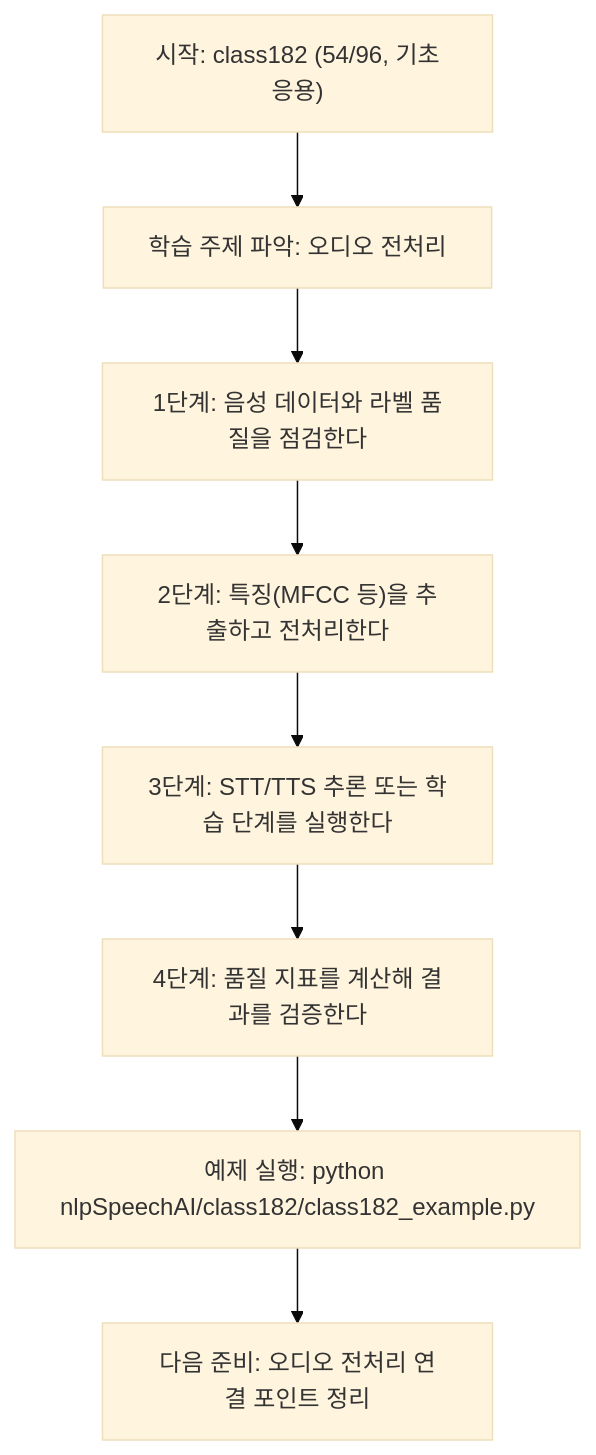
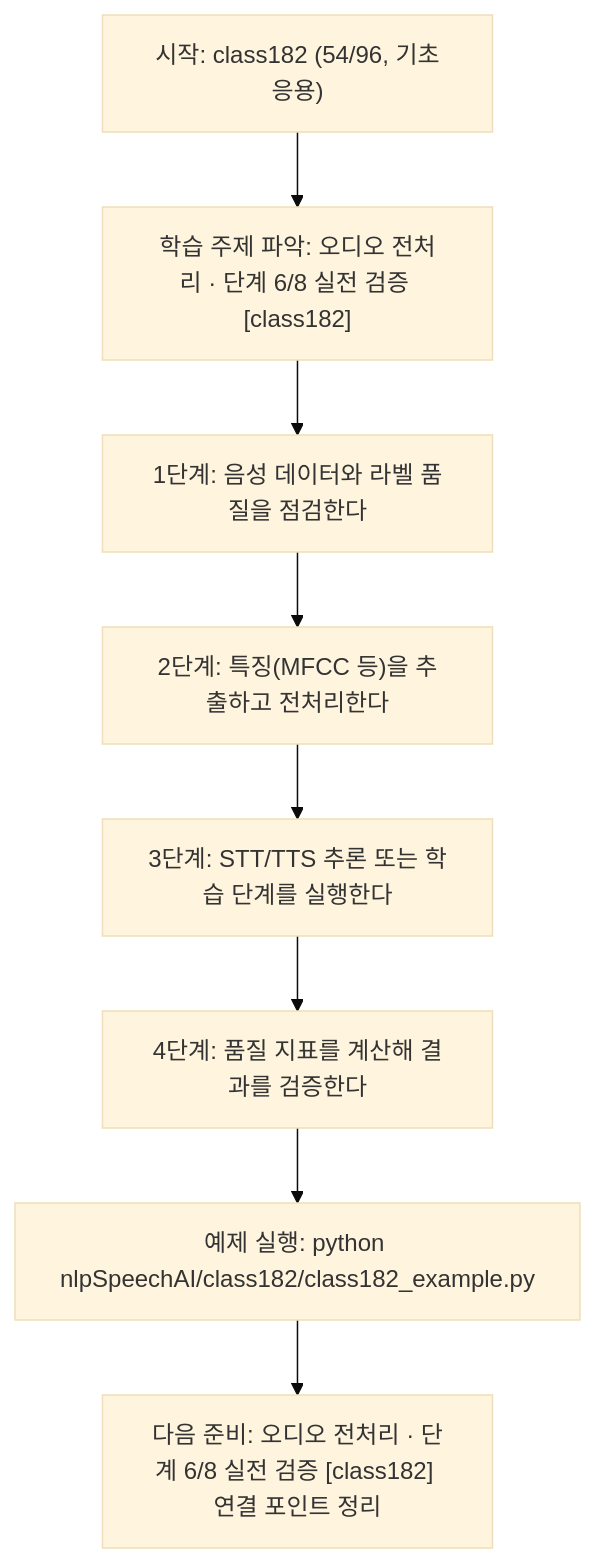
Before and after one commit to edumgt/Python-AI_Agent-Class: the diagram in nlpSpeechAI/class182/class182.md, drawn with Mermaid (base theme). The commit also changed other lines of this file and 522 other files, not shown here.

````diff
--- a/nlpSpeechAI/class182/class182.md
+++ b/nlpSpeechAI/class182/class182.md
@@ -112,18 +113,18 @@
 ```mermaid
 flowchart TD
 N1["시작: class182 (54/96, 기초응용)"]
-N2["학습 주제 파악: 오디오 전처리"]
+N2["학습 주제 파악: 오디오 전처리 · 단계 6/8 실전 검증 [class182]"]
 N3["1단계: 음성 데이터와 라벨 품질을 점검한다"]
 N4["2단계: 특징(MFCC 등)을 추출하고 전처리한다"]
 N5["3단계: STT/TTS 추론 또는 학습 단계를 실행한다"]
 N6["4단계: 품질 지표를 계산해 결과를 검증한다"]
 N7["예제 실행: python nlpSpeechAI/class182/class182_example.py"]
-N8["다음 준비: 오디오 전처리 연결 포인트 정리"]
+N8["다음 준비: 오디오 전처리 · 단계 6/8 실전 검증 [class182] 연결 포인트 정리"]
 N1 --> N2
 N2 --> N3
 N3 --> N4
 N4 --> N5
 N5 --> N6
 N6 --> N7
 N7 --> N8
 ```
````
